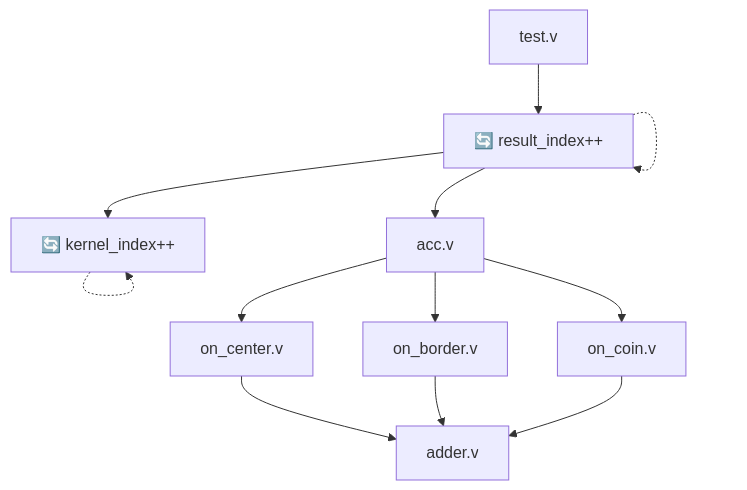
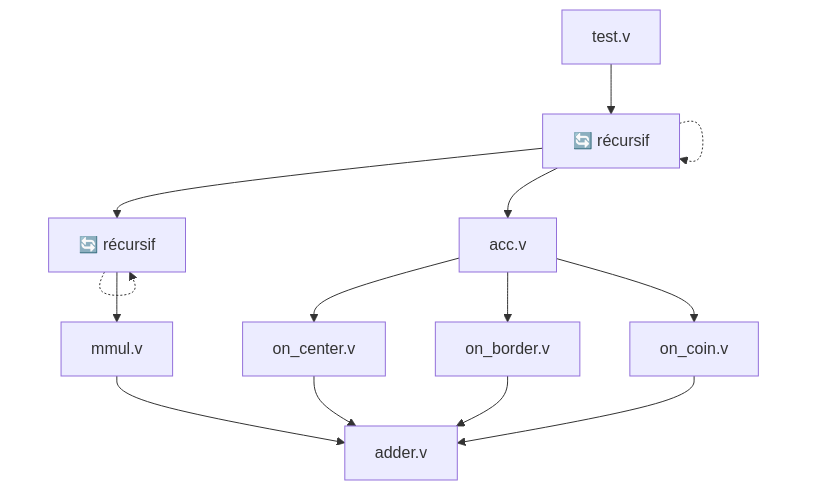
The ninth of 15 diagrams in src/tensor/README_FR.md (jalcim/logilib), drawn with Mermaid before and after one commit. The commit also changed 1 other file, not shown here.

Commit message:
README simple2

````diff
--- a/src/tensor/README_FR.md
+++ b/src/tensor/README_FR.md
@@ -196,14 +196,16 @@
 ```mermaid
 graph TD
-    A[test.v] --> B[tensor.v index]
+    A[test.v] --> B[tensor.v]
     B --> C[mult.v]
     B --> D[acc.v]
-    B -.-> B[🔄 result_index++]
-    C -.-> C[🔄 kernel_index++]
+    B -.-> B[🔄 récursif]
+    C -.-> C[🔄 récursif]
+    C --> I[mmul.v]
     D --> E[on_center.v]
     D --> F[on_border.v]
     D --> G[on_coin.v]
     E --> H[adder.v]
     F --> H
     G --> H
+    I --> H
 ```
````
